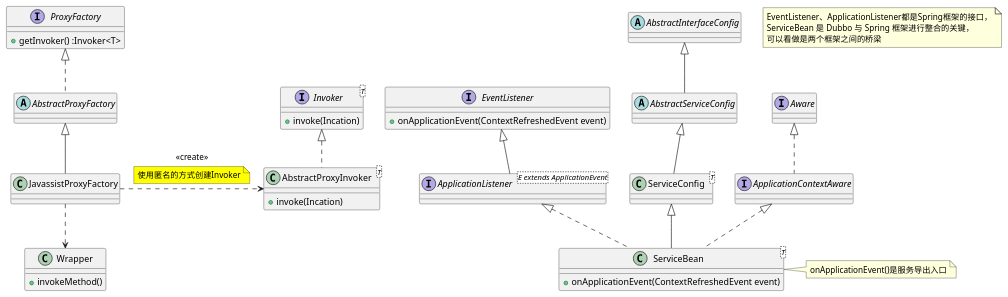
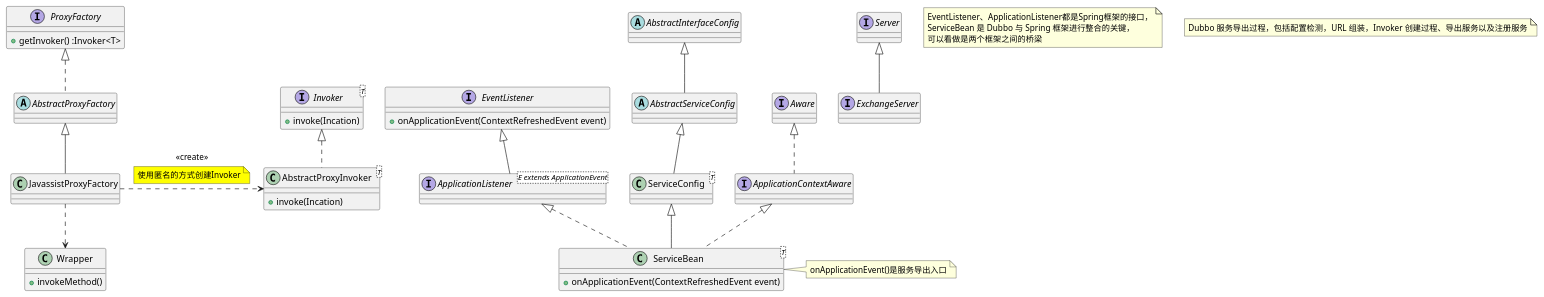
One commit to SikiTech/dubbo-parent changed the diagram in 服务导出-类图.puml. Above: the diagram before and after it, drawn with PlantUML. The commit also changed 20 other files, not shown here.

Commit message:
Add 服务导出时序图

```diff
--- a/服务导出-类图.puml
+++ b/服务导出-类图.puml
@@ -1,68 +1,77 @@
 @startuml
 ' 相关类
 interface EventListener
 interface ApplicationListener<E extends ApplicationEvent>
 class ServiceBean<T>
 abstract AbstractServiceConfig
 abstract AbstractInterfaceConfig
 class ServiceConfig<T>
 interface ApplicationContextAware
 interface Aware
 abstract AbstractProxyInvoker<T>
 interface Invoker<T>
 class JavassistProxyFactory
 abstract AbstractProxyFactory
 interface ProxyFactory
 abstract Wrapper
+interface ExchangeServer
+interface Server
 
 EventListener <|-- ApplicationListener
 ApplicationListener <|.. ServiceBean
 AbstractInterfaceConfig <|-- AbstractServiceConfig
 AbstractServiceConfig <|-- ServiceConfig
 ServiceConfig <|-- ServiceBean
 
 Aware <|.. ApplicationContextAware
 ApplicationContextAware <|.. ServiceBean
 
 Invoker <|.. AbstractProxyInvoker
 ProxyFactory <|.. AbstractProxyFactory
 AbstractProxyFactory <|-- JavassistProxyFactory
 
 JavassistProxyFactory .right.> AbstractProxyInvoker :<<create>>
 note on link #yellow: 使用匿名的方式创建Invoker
 
 JavassistProxyFactory ..> Wrapper
+Server <|-- ExchangeServer
+
+
 
 interface EventListener {
     + onApplicationEvent(ContextRefreshedEvent event)
 }
-
 
 class ServiceBean<T> {
     + onApplicationEvent(ContextRefreshedEvent event)
 }
 
 interface Invoker<T> {
     +invoke(Incation)
 }
 
 class AbstractProxyInvoker<T> {
     +invoke(Incation)
 }
 
 interface ProxyFactory {
     +getInvoker() :Invoker<T>
 }
 
 class Wrapper{
     +invokeMethod()
 }
 
 note right of ServiceBean: onApplicationEvent()是服务导出入口
 note as N1
 EventListener、ApplicationListener都是Spring框架的接口，
 ServiceBean 是 Dubbo 与 Spring 框架进行整合的关键，
 可以看做是两个框架之间的桥梁
 end note
 
+
+
+note as N2
+Dubbo 服务导出过程，包括配置检测，URL 组装，Invoker 创建过程、导出服务以及注册服务
+end note
 @enduml
```
